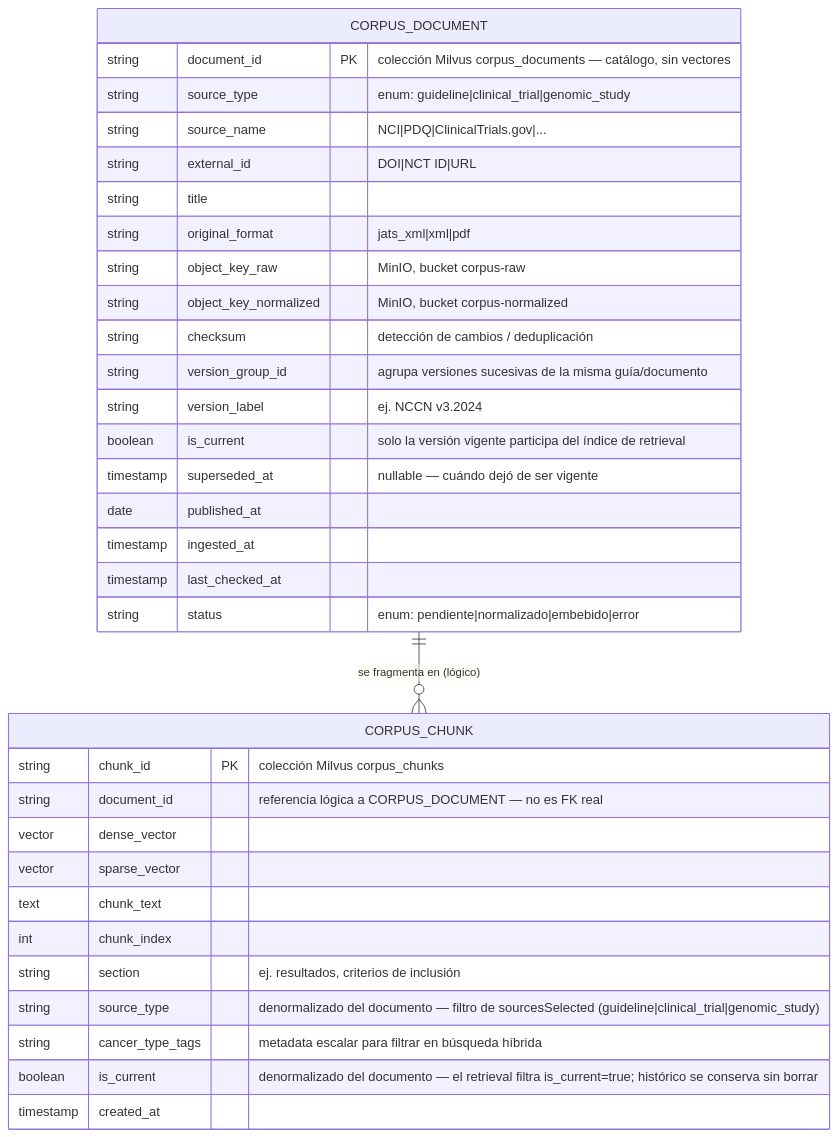
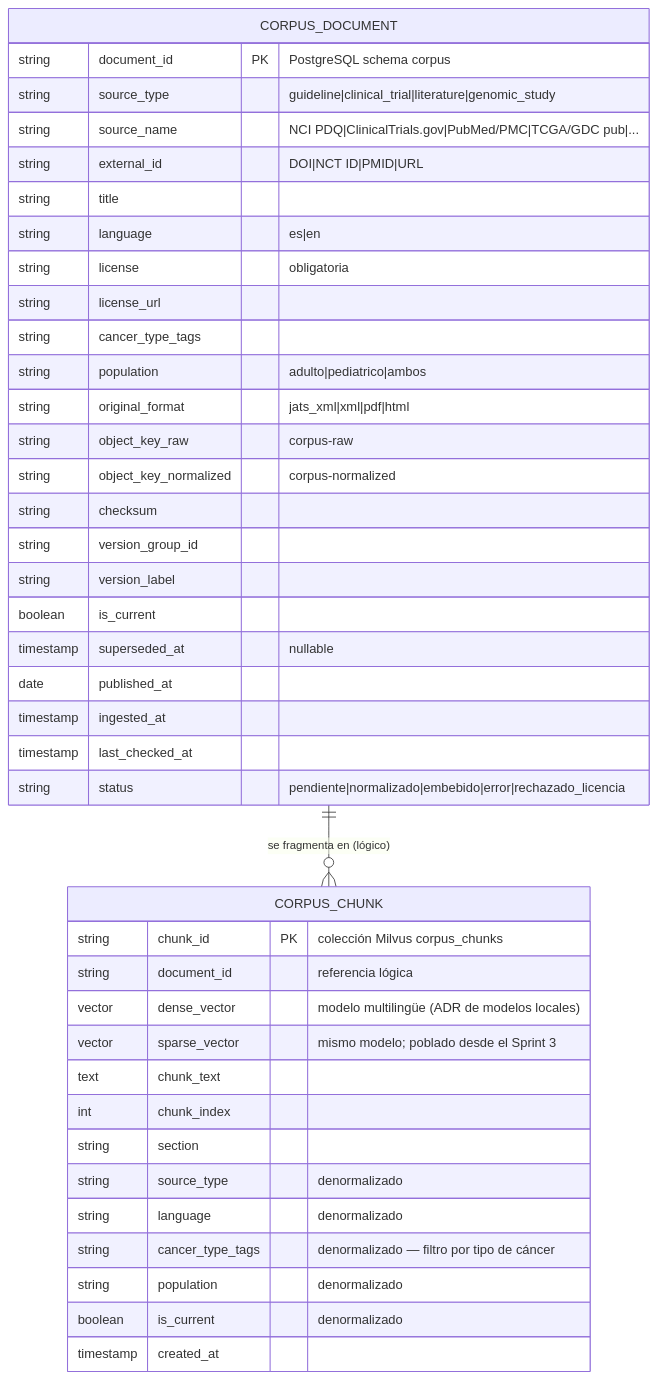
The seventh of 7 diagrams in readme.md (hatrickmario/OncoLens-Lab), drawn with Mermaid before and after one commit. The commit also changed other lines of this file and 2 other files, not shown here.

First line of the commit message:
Actualizar README y diagrama C4, y agregar PRD con las decisiones de la revisión técnica (#1)

````diff
--- a/readme.md
+++ b/readme.md
@@ -612,38 +839,43 @@
 ```mermaid
 erDiagram
     CORPUS_DOCUMENT {
-        string document_id PK "colección Milvus corpus_documents — catálogo, sin vectores"
-        string source_type "enum: guideline|clinical_trial|genomic_study"
-        string source_name "NCI|PDQ|ClinicalTrials.gov|..."
-        string external_id "DOI|NCT ID|URL"
+        string document_id PK "PostgreSQL schema corpus"
+        string source_type "guideline|clinical_trial|literature|genomic_study"
+        string source_name "NCI PDQ|ClinicalTrials.gov|PubMed/PMC|TCGA/GDC pub|..."
+        string external_id "DOI|NCT ID|PMID|URL"
         string title
-        string original_format "jats_xml|xml|pdf"
-        string object_key_raw "MinIO, bucket corpus-raw"
-        string object_key_normalized "MinIO, bucket corpus-normalized"
-        string checksum "detección de cambios / deduplicación"
-        string version_group_id "agrupa versiones sucesivas de la misma guía/documento"
-        string version_label "ej. NCCN v3.2024"
-        boolean is_current "solo la versión vigente participa del índice de retrieval"
-        timestamp superseded_at "nullable — cuándo dejó de ser vigente"
+        string language "es|en"
+        string license "obligatoria"
+        string license_url
+        string cancer_type_tags
+        string population "adulto|pediatrico|ambos"
+        string original_format "jats_xml|xml|pdf|html"
+        string object_key_raw "corpus-raw"
+        string object_key_normalized "corpus-normalized"
+        string checksum
+        string version_group_id
+        string version_label
+        boolean is_current
+        timestamp superseded_at "nullable"
         date published_at
         timestamp ingested_at
         timestamp last_checked_at
-        string status "enum: pendiente|normalizado|embebido|error"
+        string status "pendiente|normalizado|embebido|error|rechazado_licencia"
     }
-
     CORPUS_CHUNK {
         string chunk_id PK "colección Milvus corpus_chunks"
-        string document_id "referencia lógica a CORPUS_DOCUMENT — no es FK real"
-        vector dense_vector
-        vector sparse_vector
+        string document_id "referencia lógica"
+        vector dense_vector "modelo multilingüe (ADR de modelos locales)"
+        vector sparse_vector "mismo modelo; poblado desde el Sprint 3"
         text chunk_text
         int chunk_index
-        string section "ej. resultados, criterios de inclusión"
-        string source_type "denormalizado del documento — filtro de sourcesSelected (guideline|clinical_trial|genomic_study)"
-        string cancer_type_tags "metadata escalar para filtrar en búsqueda híbrida"
-        boolean is_current "denormalizado del documento — el retrieval filtra is_current=true; histórico se conserva sin borrar"
+        string section
+        string source_type "denormalizado"
+        string language "denormalizado"
+        string cancer_type_tags "denormalizado — filtro por tipo de cáncer"
+        string population "denormalizado"
+        boolean is_current "denormalizado"
         timestamp created_at
     }
-
     CORPUS_DOCUMENT ||--o{ CORPUS_CHUNK : "se fragmenta en (lógico)"
 ```
````
